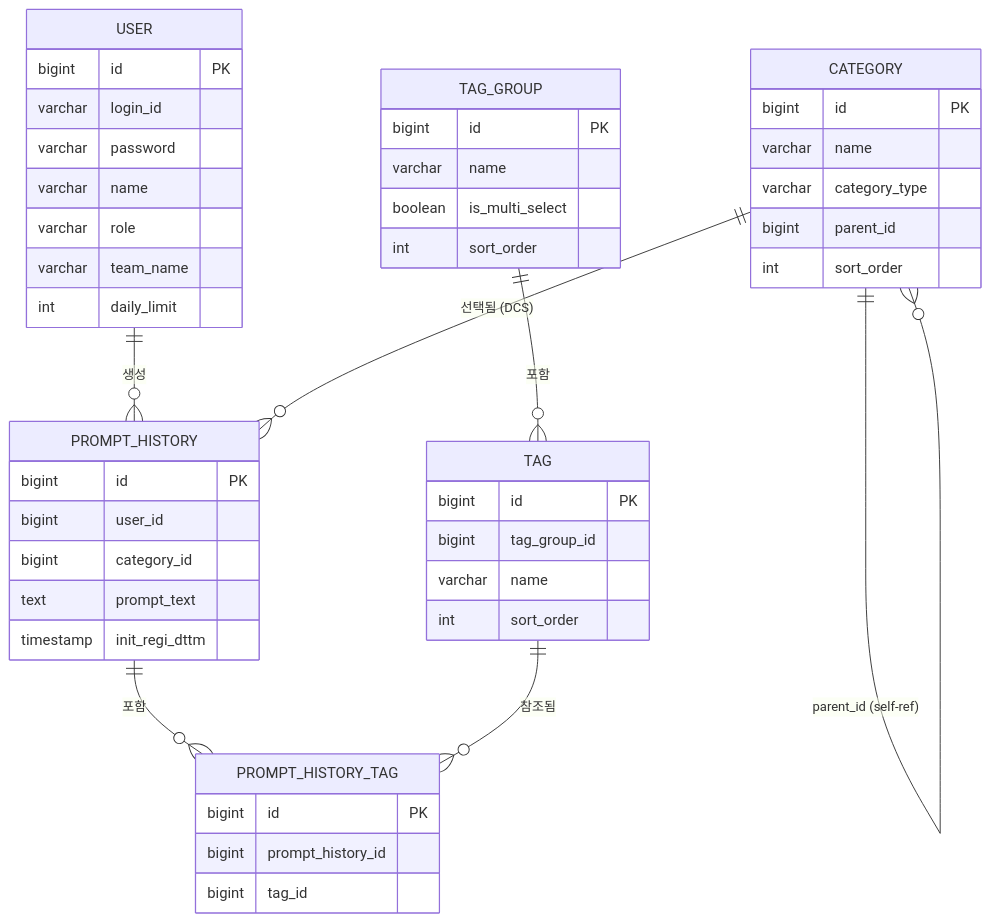
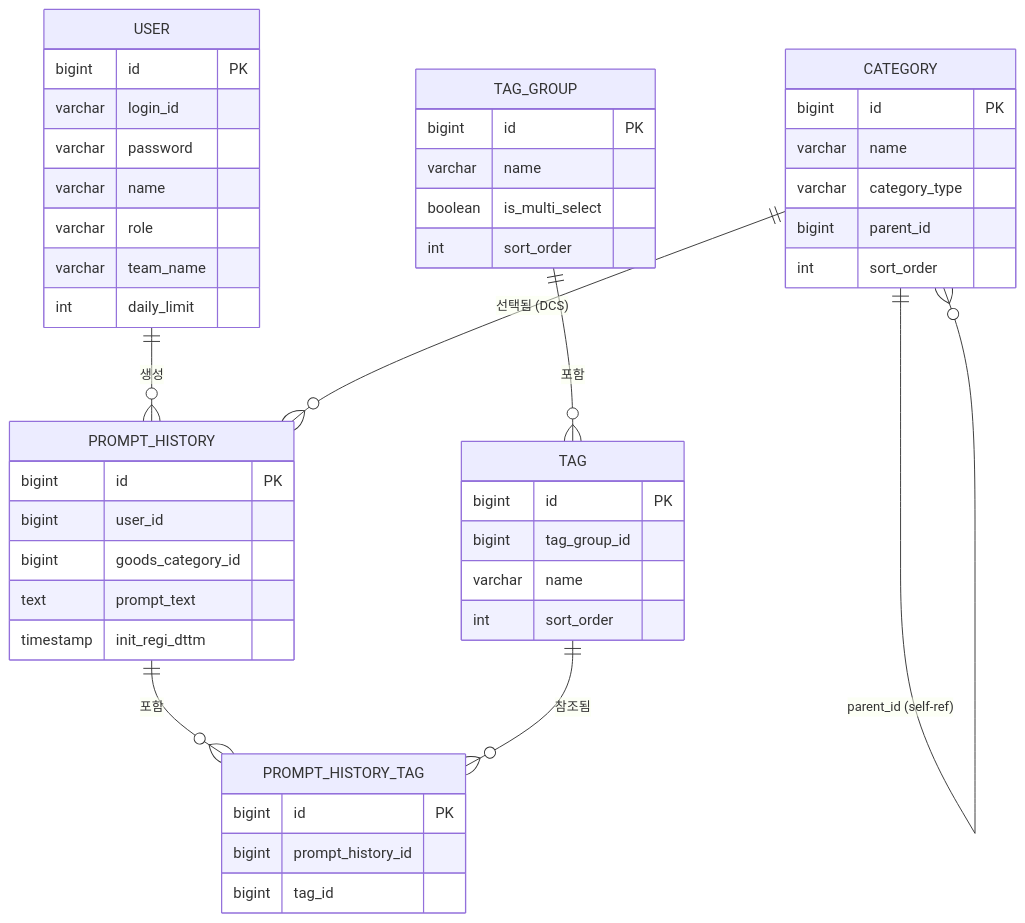
The diagram in docs/erd.md (fwangjuwon/creative-studio-bo), drawn with Mermaid before and after one commit. The commit also changed other lines of this file and 13 other files, not shown here.

````diff
--- a/docs/erd.md
+++ b/docs/erd.md
@@ -157,55 +157,55 @@
 ```mermaid
 erDiagram
     USER {
         bigint id PK
         varchar login_id
         varchar password
         varchar name
         varchar role
         varchar team_name
         int daily_limit
     }
 
     CATEGORY {
         bigint id PK
         varchar name
         varchar category_type
         bigint parent_id
         int sort_order
     }
 
     TAG_GROUP {
         bigint id PK
         varchar name
         boolean is_multi_select
         int sort_order
     }
 
     TAG {
         bigint id PK
         bigint tag_group_id
         varchar name
         int sort_order
     }
 
     PROMPT_HISTORY {
         bigint id PK
         bigint user_id
-        bigint category_id
+        bigint goods_category_id
         text prompt_text
         timestamp init_regi_dttm
     }
 
     PROMPT_HISTORY_TAG {
         bigint id PK
         bigint prompt_history_id
         bigint tag_id
     }
 
     USER ||--o{ PROMPT_HISTORY : "생성"
     CATEGORY ||--o{ PROMPT_HISTORY : "선택됨 (DCS)"
     CATEGORY ||--o{ CATEGORY : "parent_id (self-ref)"
     TAG_GROUP ||--o{ TAG : "포함"
     PROMPT_HISTORY ||--o{ PROMPT_HISTORY_TAG : "포함"
     TAG ||--o{ PROMPT_HISTORY_TAG : "참조됨"
 ```
````
